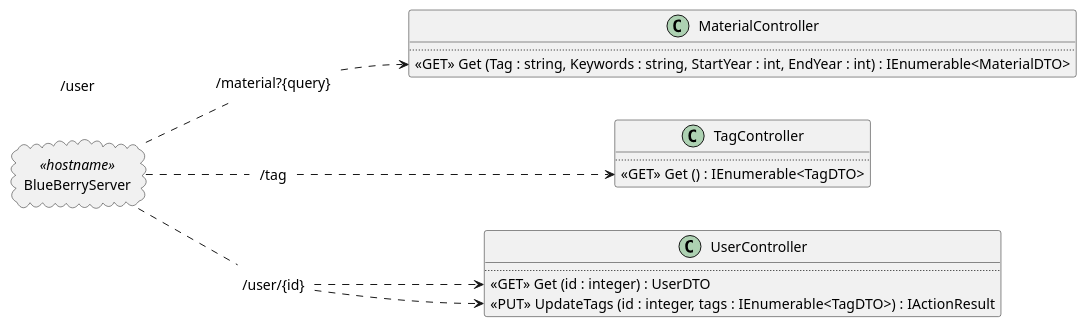
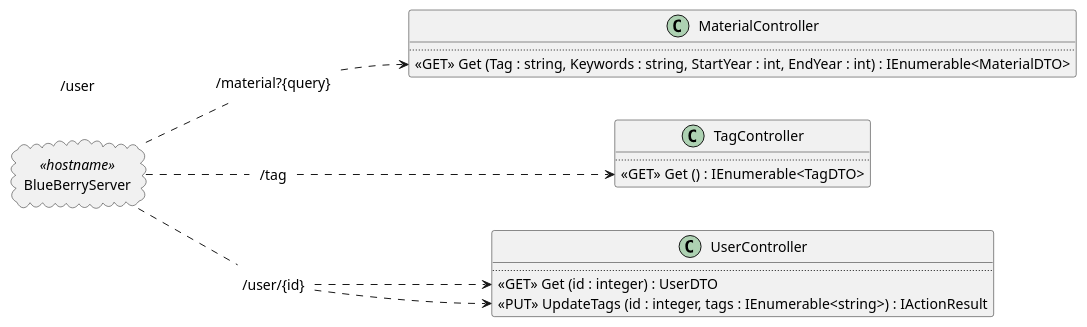
The diagram in docs/uml/controllers.puml (toffernator/blueberry), drawn with PlantUML before and after one commit.

Commit message:
Update Controller diagram

```diff
--- a/docs/uml/controllers.puml
+++ b/docs/uml/controllers.puml
@@ -1,40 +1,40 @@
 @startuml
 left to right direction
 allowmixing
 
 cloud BlueBerryServer <<hostname>>
 
 class UserController {
   ..
   <<GET>> Get (id : integer) : UserDTO
-  <<PUT>> UpdateTags (id : integer, tags : IEnumerable<TagDTO>) : IActionResult 
+  <<PUT>> UpdateTags (id : integer, tags : IEnumerable<string>) : IActionResult 
 }
 
 class MaterialController {
   ..
   <<GET>> Get (Tag : string, Keywords : string, StartYear : int, EndYear : int) : IEnumerable<MaterialDTO>
 }
 
 class TagController {
   ..
   <<GET>> Get () : IEnumerable<TagDTO>
 }
 label "/material?{query}" as material
 
 label "/tag" as tag
 
 label "/user/{id}" as userid
 label "/user" as user
 
 BlueBerryServer -. material
 material -.> MaterialController::Get 
 
 BlueBerryServer -. tag
 tag -.> TagController::Get
 
 
 BlueBerryServer -. userid
 userid -.> UserController::Get   
 userid -.> UserController::UpdateTags
 
 @enduml
```
